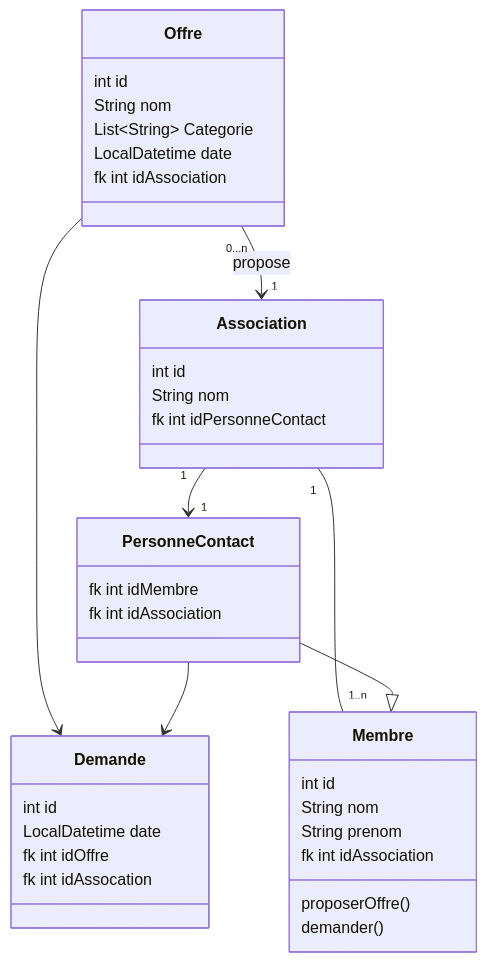
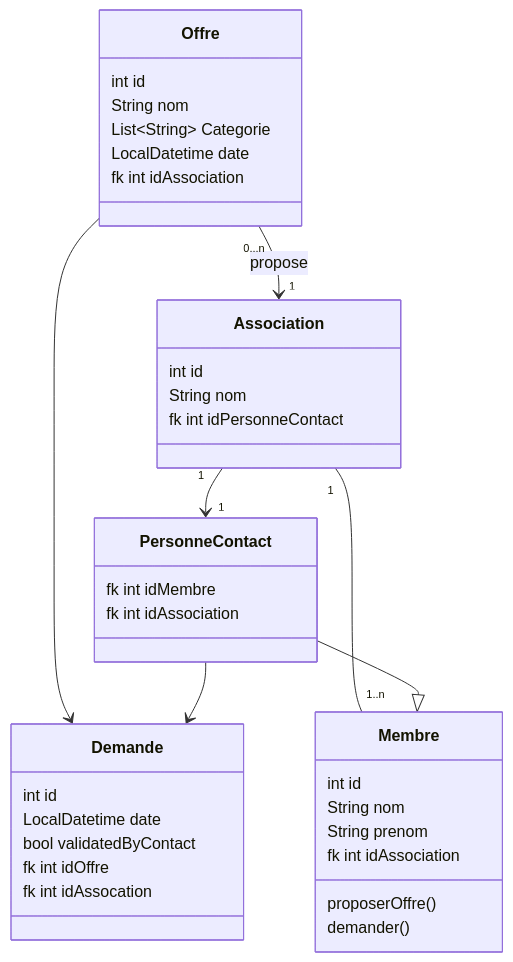
The diagram in README.md (hsarazin/la-source), drawn with Mermaid before and after one commit. The commit also changed 20 other files, not shown here.

````diff
--- a/README.md
+++ b/README.md
@@ -5,39 +5,40 @@
 ```mermaid
 classDiagram
     Association "1" -- "1..n" Membre
     Association "1" --> "1" PersonneContact
     PersonneContact --|> Membre
     Offre --> Demande
     PersonneContact --> Demande
     Offre "0...n" --> "1" Association: propose
     class Association{
         int id
         String nom
         fk int idPersonneContact
     }
     class PersonneContact{
         fk int idMembre
         fk int idAssociation
     }
     class Membre{
         int id
         String nom
         String prenom
         fk int idAssociation
         proposerOffre()
         demander()
     }
     class Offre{
         int id
         String nom
         List~String~ Categorie
         LocalDatetime date
         fk int idAssociation
     }
     class Demande{
         int id
         LocalDatetime date
+        bool validatedByContact
         fk int idOffre
         fk int idAssocation
     }
 ```
````
